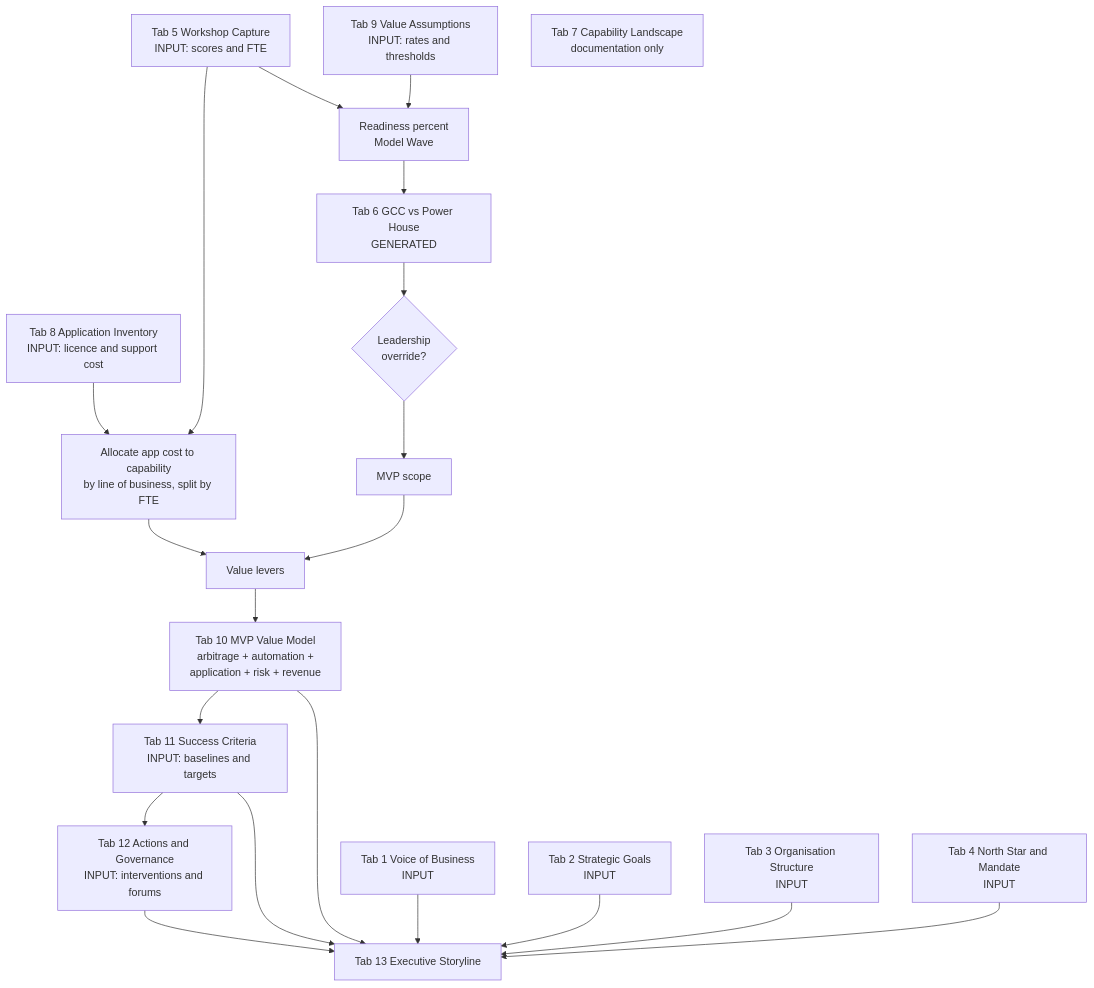
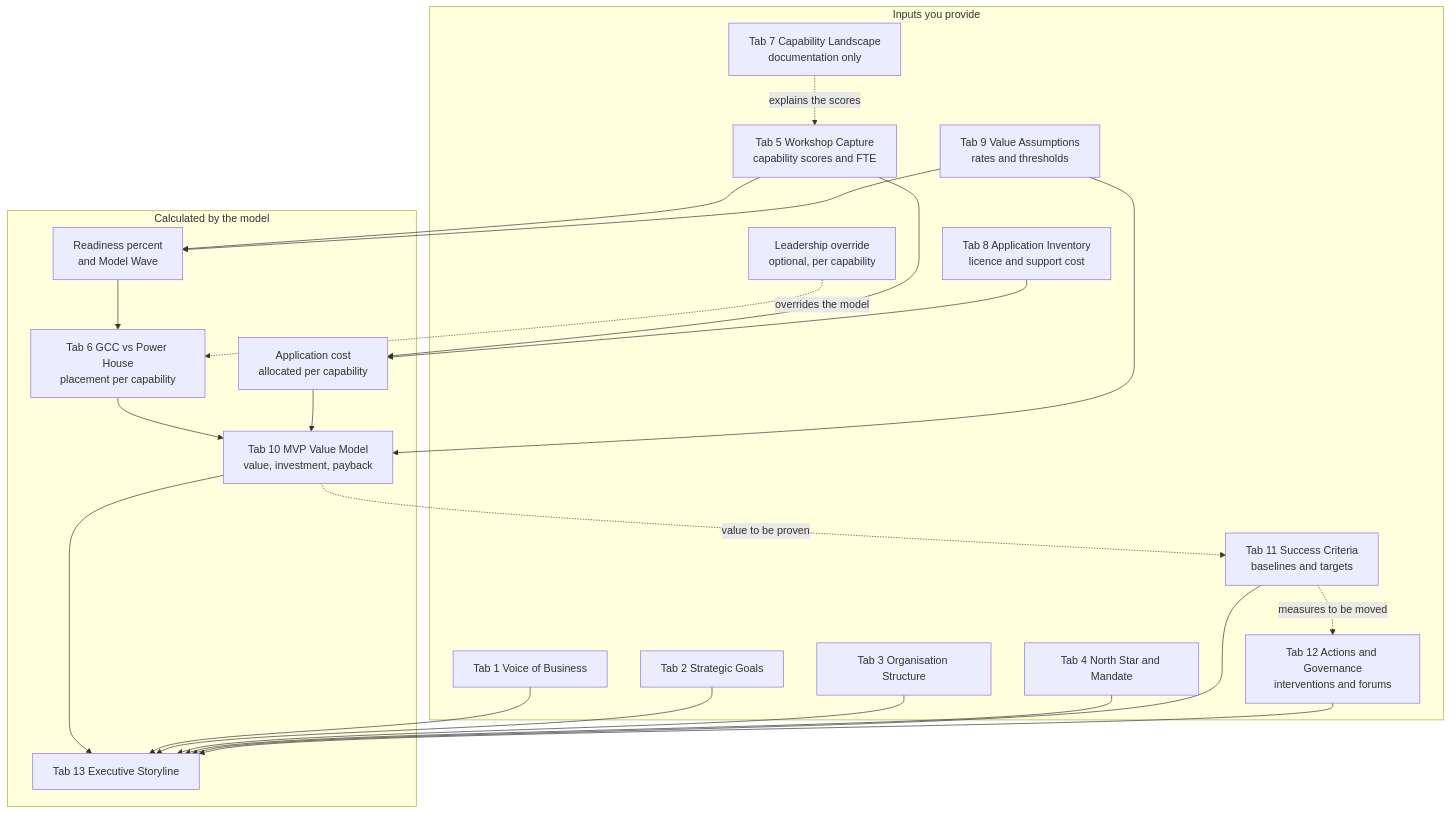
One commit to monicamehta/GCC-Value-MVP-Framework-Industry-Agnostic changed the diagram in README.md. Above: the diagram before and after it, drawn with Mermaid.

Commit message:
Fix data flow diagram: group inputs and outputs, connect orphan node, remove dead decision branch

````diff
--- a/README.md
+++ b/README.md
@@ -25,35 +25,48 @@
 ```mermaid
 flowchart TD
-    VOB["Tab 1 Voice of Business<br/>INPUT"]
-    GOALS["Tab 2 Strategic Goals<br/>INPUT"]
-    ORG["Tab 3 Organisation Structure<br/>INPUT"]
-    NS["Tab 4 North Star and Mandate<br/>INPUT"]
-    WS["Tab 5 Workshop Capture<br/>INPUT: scores and FTE"]
-    APP["Tab 8 Application Inventory<br/>INPUT: licence and support cost"]
-    ASSUM["Tab 9 Value Assumptions<br/>INPUT: rates and thresholds"]
+    subgraph IN["Inputs you provide"]
+        VOB["Tab 1 Voice of Business"]
+        GOALS["Tab 2 Strategic Goals"]
+        ORG["Tab 3 Organisation Structure"]
+        NS["Tab 4 North Star and Mandate"]
+        WS["Tab 5 Workshop Capture<br/>capability scores and FTE"]
+        LAND["Tab 7 Capability Landscape<br/>documentation only"]
+        APP["Tab 8 Application Inventory<br/>licence and support cost"]
+        ASSUM["Tab 9 Value Assumptions<br/>rates and thresholds"]
+        OVR["Leadership override<br/>optional, per capability"]
+        SC["Tab 11 Success Criteria<br/>baselines and targets"]
+        ACT["Tab 12 Actions and Governance<br/>interventions and forums"]
+    end
 
-    WS --> READY["Readiness percent<br/>Model Wave"]
+    subgraph CALC["Calculated by the model"]
+        READY["Readiness percent<br/>and Model Wave"]
+        ALLOC["Application cost<br/>allocated per capability"]
+        PLACE["Tab 6 GCC vs Power House<br/>placement per capability"]
+        VM["Tab 10 MVP Value Model<br/>value, investment, payback"]
+        STORY["Tab 13 Executive Storyline"]
+    end
+
+    WS --> READY
     ASSUM --> READY
-    APP --> ALLOC["Allocate app cost to capability<br/>by line of business, split by FTE"]
+    READY --> PLACE
+    OVR -.->|"overrides the model"| PLACE
+
     WS --> ALLOC
+    APP --> ALLOC
 
-    READY --> PLACE["Tab 6 GCC vs Power House<br/>GENERATED"]
-    PLACE --> OVR{"Leadership<br/>override?"}
+    PLACE --> VM
+    ALLOC --> VM
+    ASSUM --> VM
 
-    OVR --> SCOPE["MVP scope"]
-    ALLOC --> LEVERS["Value levers"]
-    SCOPE --> LEVERS
-
-    LEVERS --> VM["Tab 10 MVP Value Model<br/>arbitrage + automation +<br/>application + risk + revenue"]
-    VM --> SUCCESS["Tab 11 Success Criteria<br/>INPUT: baselines and targets"]
-    SUCCESS --> ACT["Tab 12 Actions and Governance<br/>INPUT: interventions and forums"]
-    ACT --> STORY["Tab 13 Executive Storyline"]
-    SUCCESS --> STORY
     VM --> STORY
     VOB --> STORY
     GOALS --> STORY
     ORG --> STORY
     NS --> STORY
+    SC --> STORY
+    ACT --> STORY
 
-    LAND["Tab 7 Capability Landscape<br/>documentation only"]
+    VM -.->|"value to be proven"| SC
+    SC -.->|"measures to be moved"| ACT
+    LAND -.->|"explains the scores"| WS
 ```
````
